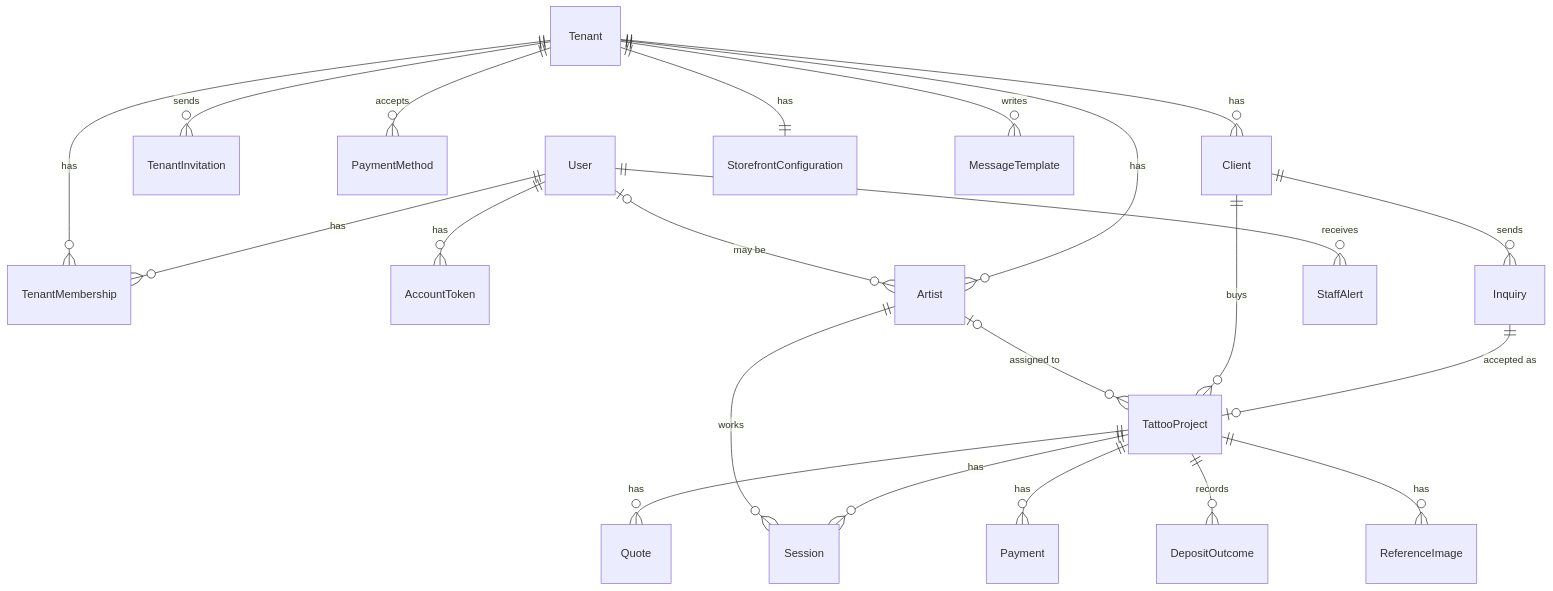
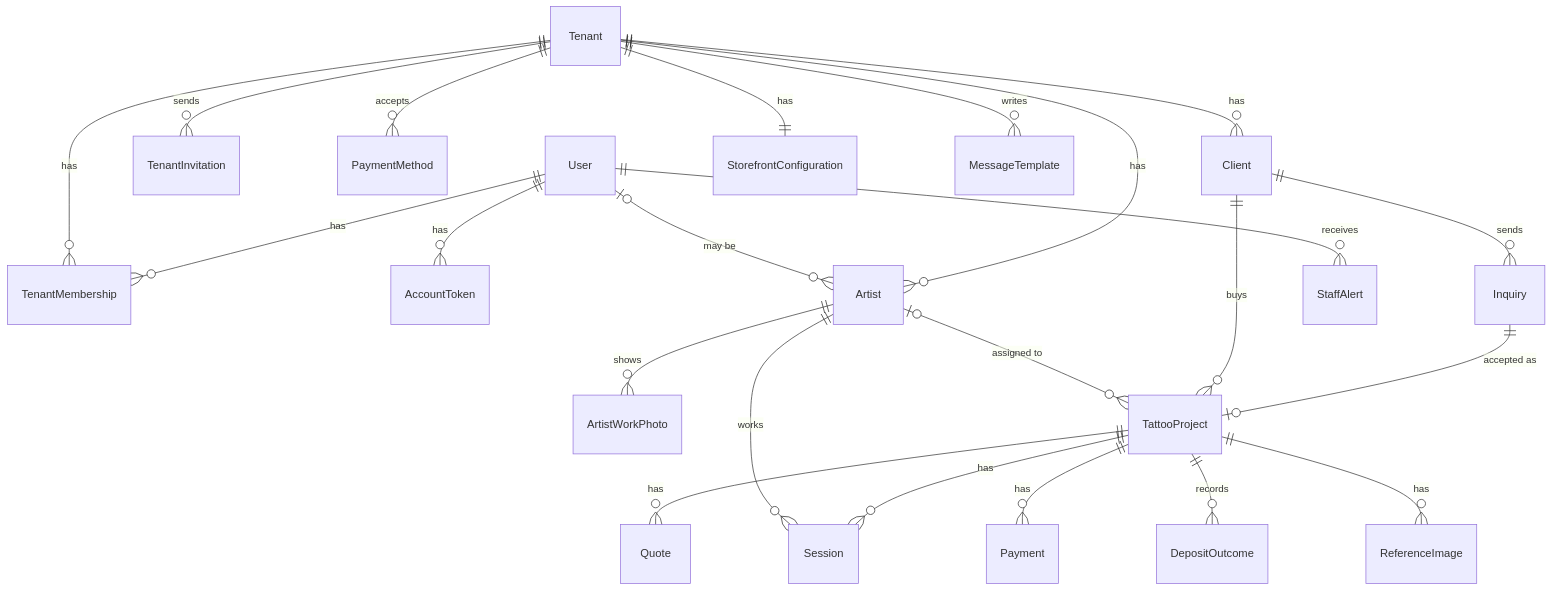
Before and after one commit to harublank0-0/tattoo-drip: the diagram in docs/data-model.md, drawn with Mermaid. The commit also changed other lines of this file and 5 other files, not shown here.

Commit message:
docs: cover photo and artists' work photos (TAT-116)

````diff
--- a/docs/data-model.md
+++ b/docs/data-model.md
@@ -5,24 +5,25 @@
 ```mermaid
 erDiagram
   User ||--o{ TenantMembership : has
   User ||--o{ AccountToken : has
   Tenant ||--o{ TenantMembership : has
   Tenant ||--o{ TenantInvitation : sends
   Tenant ||--o{ Artist : has
+  Artist ||--o{ ArtistWorkPhoto : shows
   User |o--o{ Artist : "may be"
   Tenant ||--o{ PaymentMethod : accepts
   Tenant ||--o{ Client : has
   Client ||--o{ Inquiry : sends
   Inquiry ||--o| TattooProject : "accepted as"
   Client ||--o{ TattooProject : buys
   Artist |o--o{ TattooProject : "assigned to"
   TattooProject ||--o{ Quote : has
   TattooProject ||--o{ Payment : has
   TattooProject ||--o{ Session : has
   TattooProject ||--o{ DepositOutcome : records
   Artist ||--o{ Session : works
   TattooProject ||--o{ ReferenceImage : has
   Tenant ||--|| StorefrontConfiguration : has
   Tenant ||--o{ MessageTemplate : writes
   User ||--o{ StaffAlert : receives
 ```
````
